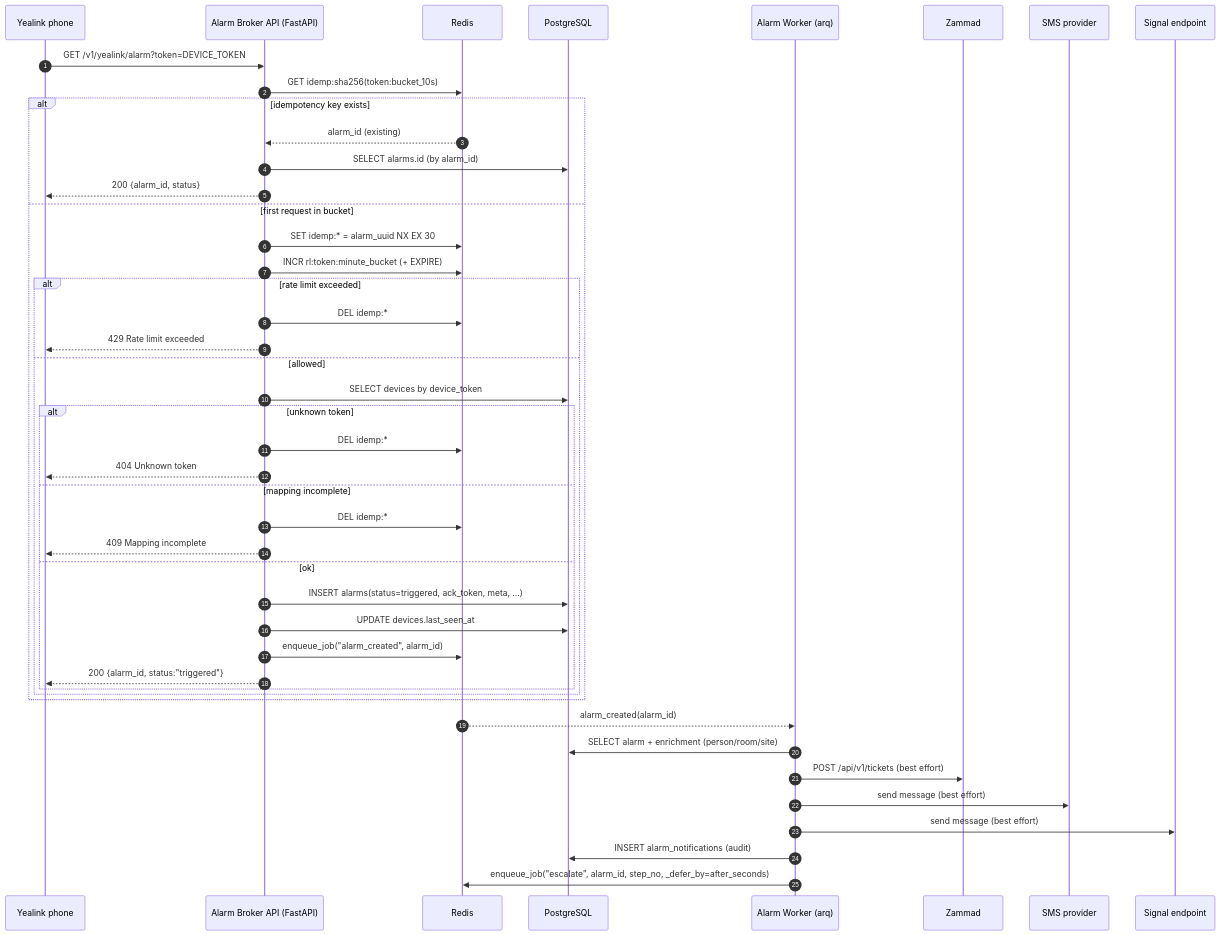
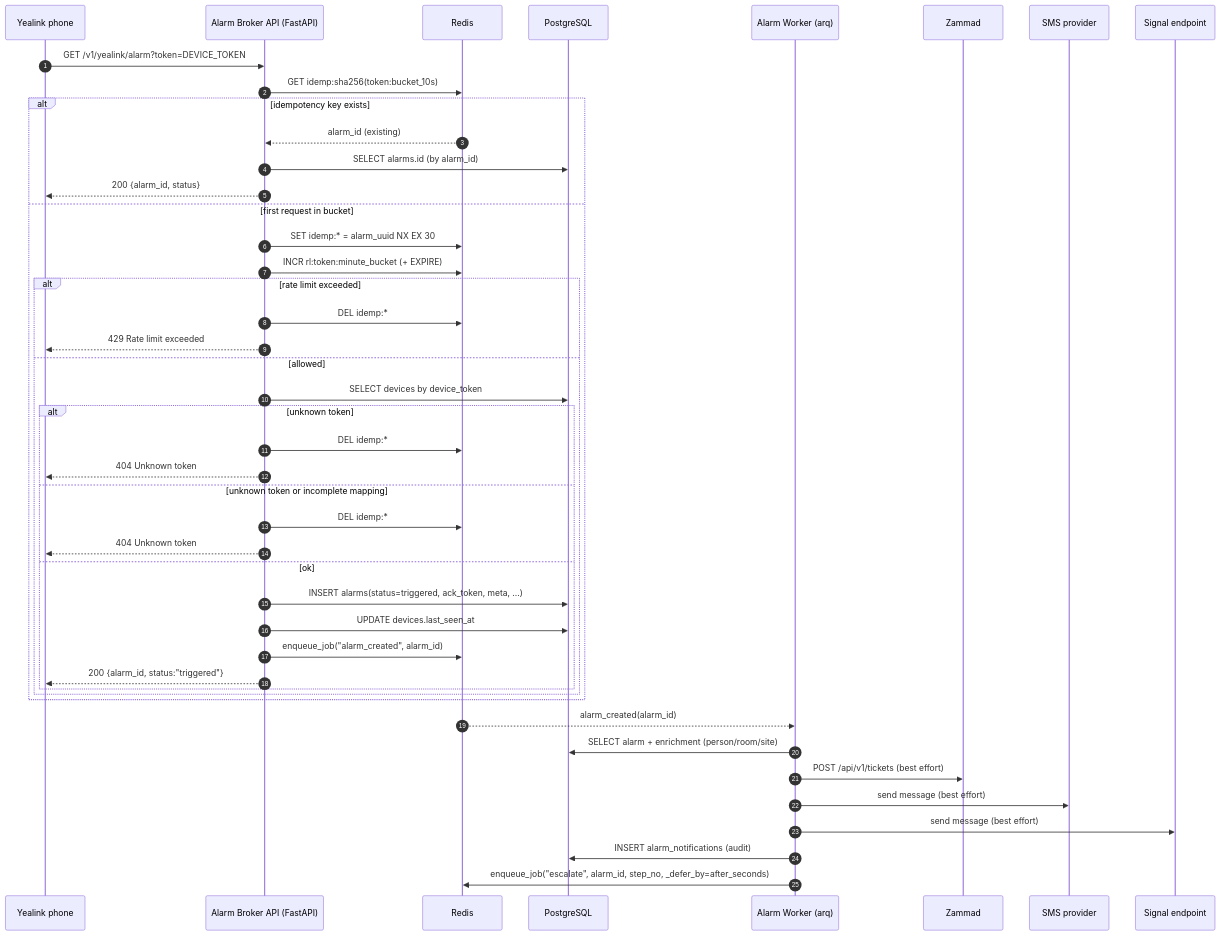
The second of 5 diagrams in README.md (sebastianspicker/alarm-broker), drawn with Mermaid before and after one commit. The commit also changed other lines of this file and 22 other files, not shown here.

````diff
--- a/README.md
+++ b/README.md
@@ -65,50 +65,50 @@
 ```mermaid
 sequenceDiagram
   autonumber
   participant Y as Yealink phone
   participant API as Alarm Broker API (FastAPI)
   participant R as Redis
   participant PG as PostgreSQL
   participant W as Alarm Worker (arq)
   participant Z as Zammad
   participant SMS as SMS provider
   participant SIG as Signal endpoint
 
   Y->>API: GET /v1/yealink/alarm?token=DEVICE_TOKEN
   API->>R: GET idemp:sha256(token:bucket_10s)
   alt idempotency key exists
     R-->>API: alarm_id (existing)
     API->>PG: SELECT alarms.id (by alarm_id)
     API-->>Y: 200 {alarm_id, status}
   else first request in bucket
     API->>R: SET idemp:* = alarm_uuid NX EX 30
     API->>R: INCR rl:token:minute_bucket (+ EXPIRE)
     alt rate limit exceeded
       API->>R: DEL idemp:*
       API-->>Y: 429 Rate limit exceeded
     else allowed
       API->>PG: SELECT devices by device_token
       alt unknown token
         API->>R: DEL idemp:*
         API-->>Y: 404 Unknown token
-      else mapping incomplete
+      else unknown token or incomplete mapping
         API->>R: DEL idemp:*
-        API-->>Y: 409 Mapping incomplete
+        API-->>Y: 404 Unknown token
       else ok
         API->>PG: INSERT alarms(status=triggered, ack_token, meta, ...)
         API->>PG: UPDATE devices.last_seen_at
         API->>R: enqueue_job("alarm_created", alarm_id)
         API-->>Y: 200 {alarm_id, status:"triggered"}
       end
     end
   end
 
   %% async fan-out
   R-->>W: alarm_created(alarm_id)
   W->>PG: SELECT alarm + enrichment (person/room/site)
   W->>Z: POST /api/v1/tickets (best effort)
   W->>SMS: send message (best effort)
   W->>SIG: send message (best effort)
   W->>PG: INSERT alarm_notifications (audit)
   W->>R: enqueue_job("escalate", alarm_id, step_no, _defer_by=after_seconds)
 ```
````
